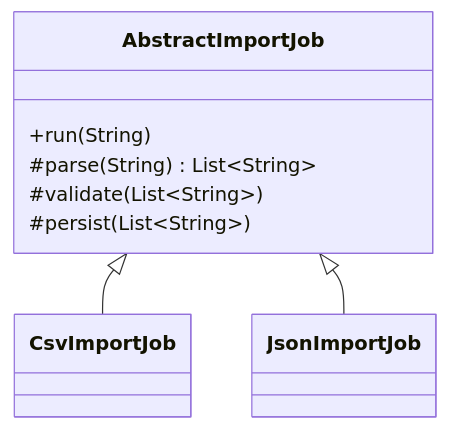
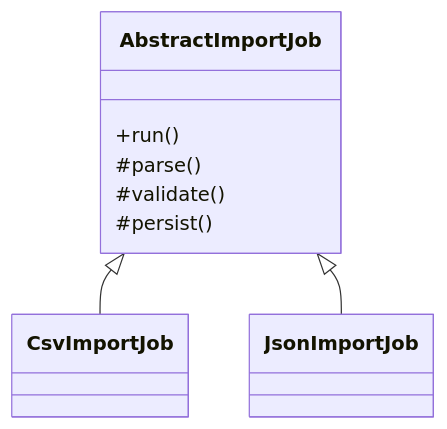
One commit to sandeepbhardwaj/sandeepbhardwaj.github.io changed the first of 2 diagrams in _posts/2025-12-15-template-method-pattern-java-file-import.md. Above: the diagram before and after it, drawn with Mermaid. The commit also changed 85 other files, not shown here.

Commit message:
mermaid flow chart fixes

````diff
--- a/_posts/2025-12-15-template-method-pattern-java-file-import.md
+++ b/_posts/2025-12-15-template-method-pattern-java-file-import.md
@@ -58,13 +58,13 @@
 ```mermaid
 classDiagram
     class AbstractImportJob {
-      +run(String)
-      #parse(String) List~String~
-      #validate(List~String~)
-      #persist(List~String~)
+      +run()
+      #parse()
+      #validate()
+      #persist()
     }
     class CsvImportJob
     class JsonImportJob
     AbstractImportJob <|-- CsvImportJob
     AbstractImportJob <|-- JsonImportJob
 ```
````
